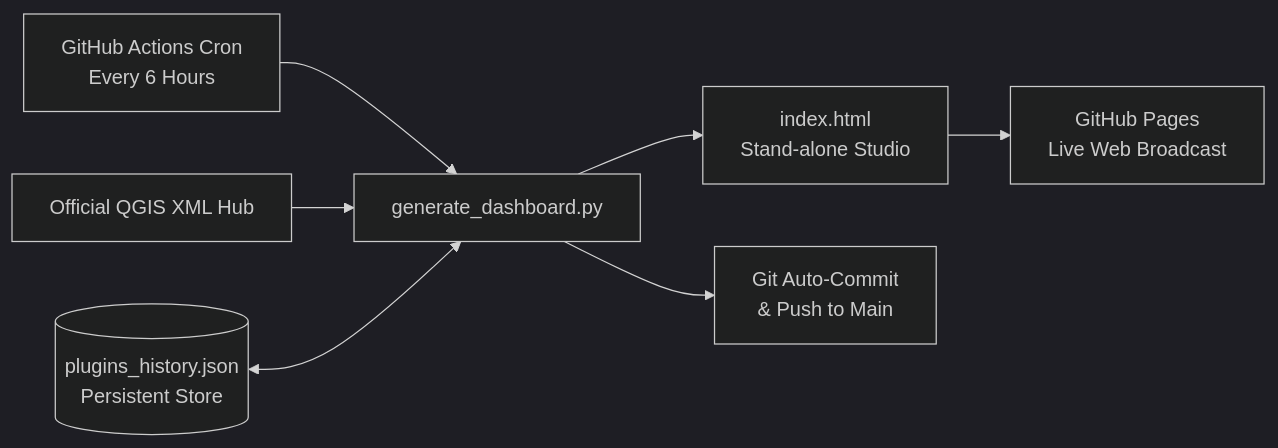
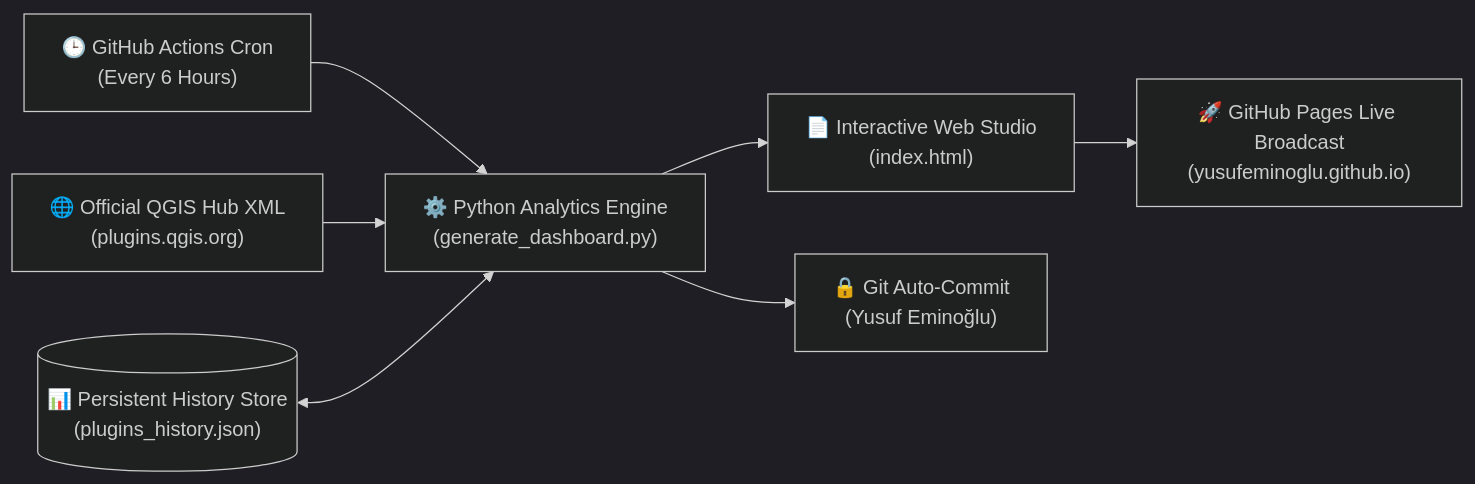
One commit to YusufEminoglu/qgis-plugins-governance changed the diagram in README.md. Above: the diagram before and after it, drawn with Mermaid (dark theme). The commit also changed other lines of this file, not shown here.

Commit message:
docs: add prominent hero studio launch callout, direct web links, and complete 24-plugin ecosystem matrix

````diff
--- a/README.md
+++ b/README.md
@@ -47,9 +89,9 @@
 ```mermaid
 flowchart LR
-  CRON[GitHub Actions Cron\nEvery 6 Hours] --> RUN[generate_dashboard.py]
-  QGIS[Official QGIS XML Hub] --> RUN
-  HIST[(plugins_history.json\nPersistent Store)] <--> RUN
-  RUN --> HTML[index.html\nStand-alone Studio]
-  RUN --> COMMIT[Git Auto-Commit\n& Push to Main]
-  HTML --> PAGES[GitHub Pages\nLive Web Broadcast]
+  CRON["🕒 GitHub Actions Cron<br/>(Every 6 Hours)"] --> RUN["⚙️ Python Analytics Engine<br/>(generate_dashboard.py)"]
+  QGIS["🌐 Official QGIS Hub XML<br/>(plugins.qgis.org)"] --> RUN
+  HIST[("📊 Persistent History Store<br/>(plugins_history.json)")] <--> RUN
+  RUN --> HTML["📄 Interactive Web Studio<br/>(index.html)"]
+  RUN --> COMMIT["🔒 Git Auto-Commit<br/>(Yusuf Eminoğlu)"]
+  HTML --> PAGES["🚀 GitHub Pages Live Broadcast<br/>(yusufeminoglu.github.io)"]
 ```
````
